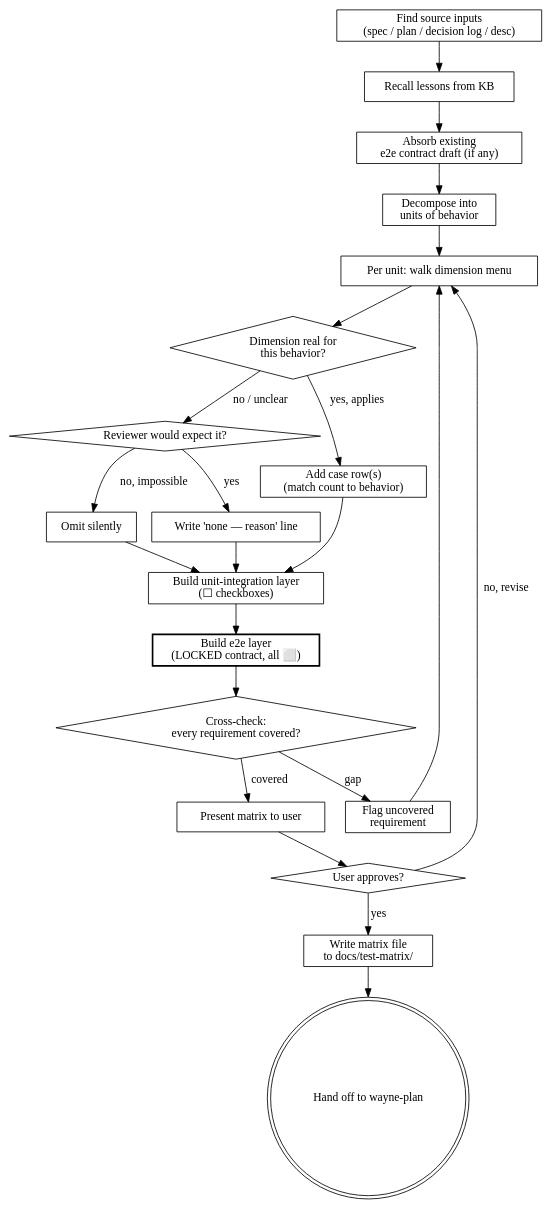
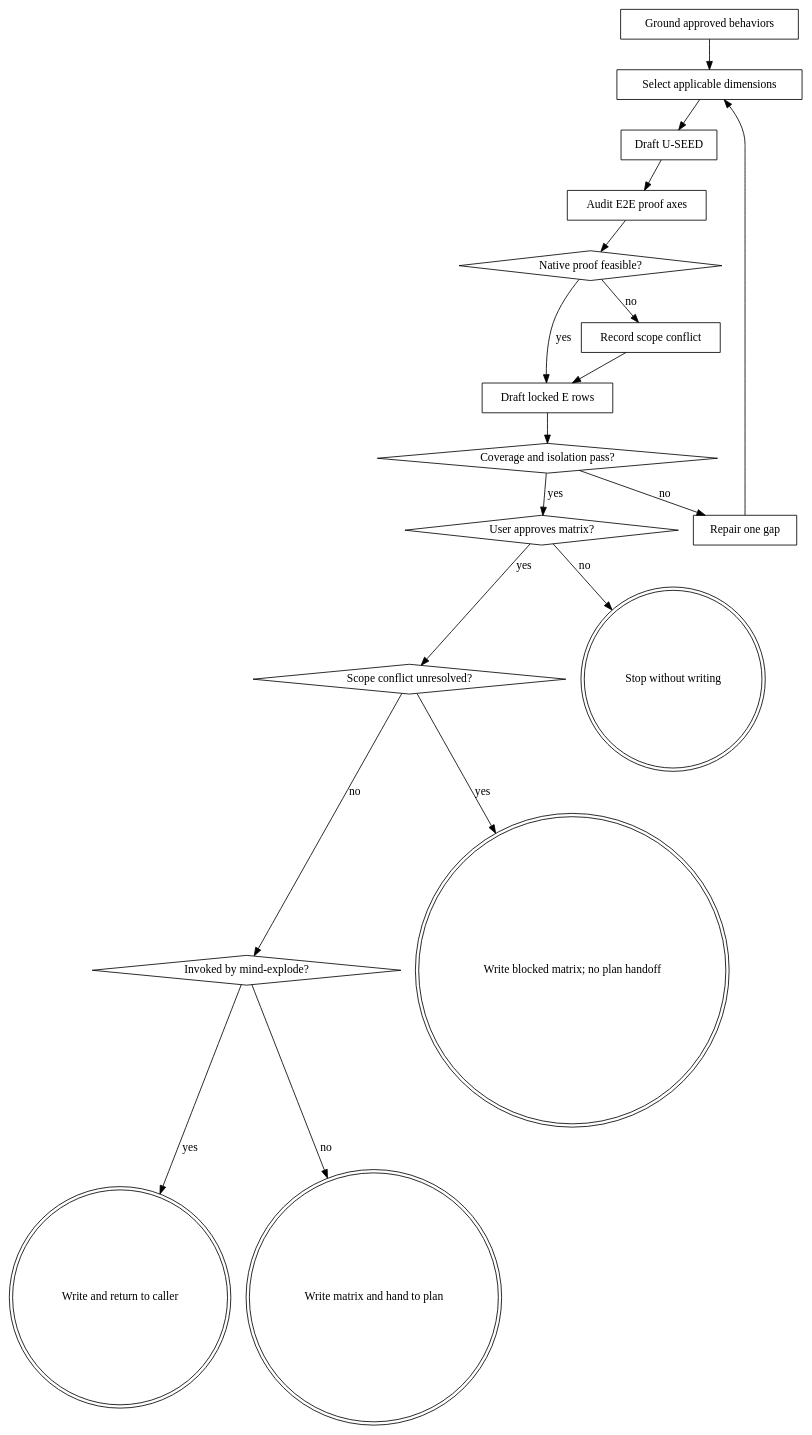
One commit to waynejing995/wayne-taste changed the diagram in wayne-test-design/SKILL.md. Above: the diagram before and after it, drawn with Graphviz. The commit also changed other lines of this file and 23 other files, not shown here.

First line of the commit message:
feat:/wayne-test-design - slim without intent loss

````diff
--- a/wayne-test-design/SKILL.md
+++ b/wayne-test-design/SKILL.md
@@ -170,46 +66,35 @@
 ```dot
-digraph testdesign {
+digraph test_design {
     rankdir=TB;
-
-    "Find source inputs\n(spec / plan / decision log / desc)" [shape=box];
-    "Recall lessons from KB" [shape=box];
-    "Absorb existing\ne2e contract draft (if any)" [shape=box];
-    "Decompose into\nunits of behavior" [shape=box];
-    "Per unit: walk dimension menu" [shape=box];
-    "Dimension real for\nthis behavior?" [shape=diamond];
-    "Reviewer would expect it?" [shape=diamond];
-    "Write 'none — reason' line" [shape=box];
-    "Omit silently" [shape=box];
-    "Add case row(s)\n(match count to behavior)" [shape=box];
-    "Build unit-integration layer\n(☐ checkboxes)" [shape=box];
-    "Build e2e layer\n(LOCKED contract, all ⬜)" [shape=box, style=bold];
-    "Cross-check:\nevery requirement covered?" [shape=diamond];
-    "Flag uncovered\nrequirement" [shape=box];
-    "Present matrix to user" [shape=box];
-    "User approves?" [shape=diamond];
-    "Write matrix file\nto docs/test-matrix/" [shape=box];
-    "Hand off to wayne-plan" [shape=doublecircle];
-
-    "Find source inputs\n(spec / plan / decision log / desc)" -> "Recall lessons from KB";
-    "Recall lessons from KB" -> "Absorb existing\ne2e contract draft (if any)";
-    "Absorb existing\ne2e contract draft (if any)" -> "Decompose into\nunits of behavior";
-    "Decompose into\nunits of behavior" -> "Per unit: walk dimension menu";
-    "Per unit: walk dimension menu" -> "Dimension real for\nthis behavior?";
-    "Dimension real for\nthis behavior?" -> "Add case row(s)\n(match count to behavior)" [label="yes, applies"];
-    "Dimension real for\nthis behavior?" -> "Reviewer would expect it?" [label="no / unclear"];
-    "Reviewer would expect it?" -> "Write 'none — reason' line" [label="yes"];
-    "Reviewer would expect it?" -> "Omit silently" [label="no, impossible"];
-    "Add case row(s)\n(match count to behavior)" -> "Build unit-integration layer\n(☐ checkboxes)";
-    "Write 'none — reason' line" -> "Build unit-integration layer\n(☐ checkboxes)";
-    "Omit silently" -> "Build unit-integration layer\n(☐ checkboxes)";
-    "Build unit-integration layer\n(☐ checkboxes)" -> "Build e2e layer\n(LOCKED contract, all ⬜)";
-    "Build e2e layer\n(LOCKED contract, all ⬜)" -> "Cross-check:\nevery requirement covered?";
-    "Cross-check:\nevery requirement covered?" -> "Flag uncovered\nrequirement" [label="gap"];
-    "Cross-check:\nevery requirement covered?" -> "Present matrix to user" [label="covered"];
-    "Flag uncovered\nrequirement" -> "Per unit: walk dimension menu";
-    "Present matrix to user" -> "User approves?";
-    "User approves?" -> "Per unit: walk dimension menu" [label="no, revise"];
-    "User approves?" -> "Write matrix file\nto docs/test-matrix/" [label="yes"];
-    "Write matrix file\nto docs/test-matrix/" -> "Hand off to wayne-plan";
+    A [label="Ground approved behaviors", shape=box];
+    B [label="Select applicable dimensions", shape=box];
+    C [label="Draft U-SEED", shape=box];
+    D [label="Audit E2E proof axes", shape=box];
+    E [label="Native proof feasible?", shape=diamond];
+    X [label="Record scope conflict", shape=box];
+    F [label="Draft locked E rows", shape=box];
+    G [label="Coverage and isolation pass?", shape=diamond];
+    R [label="Repair one gap", shape=box];
+    H [label="User approves matrix?", shape=diamond];
+    I [label="Scope conflict unresolved?", shape=diamond];
+    J [label="Invoked by mind-explode?", shape=diamond];
+    K [label="Write blocked matrix; no plan handoff", shape=doublecircle];
+    M [label="Write and return to caller", shape=doublecircle];
+    S [label="Stop without writing", shape=doublecircle];
+    W [label="Write matrix and hand to plan", shape=doublecircle];
+    A -> B -> C -> D -> E;
+    E -> X [label="no"];
+    E -> F [label="yes"];
+    X -> F;
+    F -> G;
+    G -> R [label="no"];
+    R -> B;
+    G -> H [label="yes"];
+    H -> S [label="no"];
+    H -> I [label="yes"];
+    I -> K [label="yes"];
+    I -> J [label="no"];
+    J -> M [label="yes"];
+    J -> W [label="no"];
 }
 ```
````
